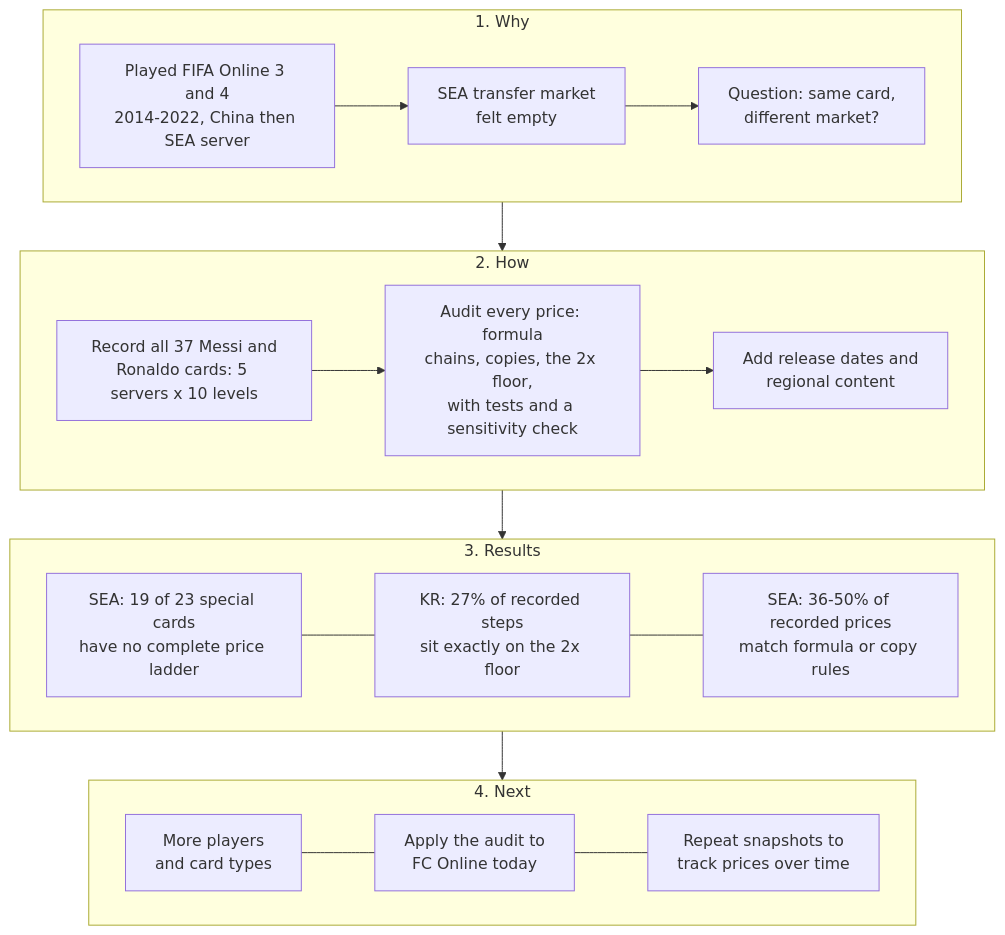
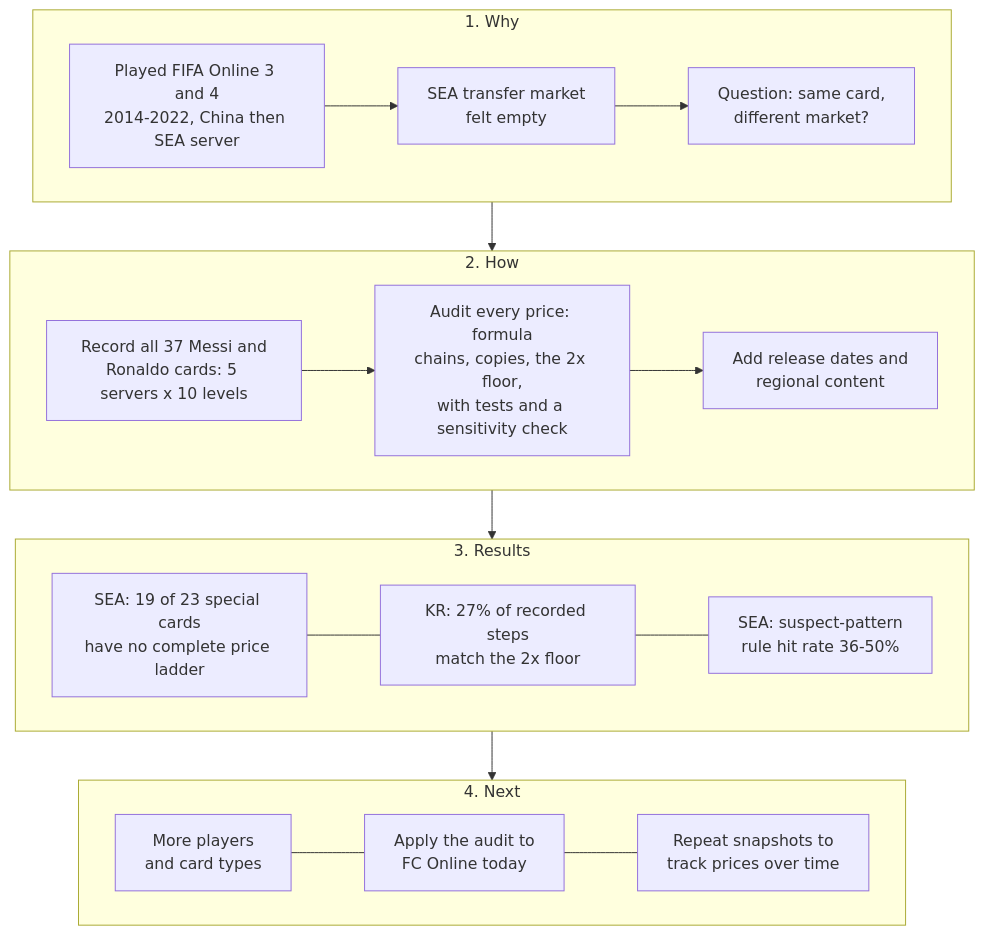
One commit to Shelikeit69/fo3-market-audit changed the diagram in README.md. Above: the diagram before and after it, drawn with Mermaid. The commit also changed other lines of this file and 5 other files, not shown here.

````diff
--- a/README.md
+++ b/README.md
@@ -43,20 +43,20 @@
 ```mermaid
 flowchart TB
   subgraph W["1. Why"]
     direction LR
     W1["Played FIFA Online 3 and 4<br/>2014-2022, China then SEA server"] --> W2["SEA transfer market<br/>felt empty"] --> W3["Question: same card,<br/>different market?"]
   end
   subgraph H["2. How"]
     direction LR
     H1["Record all 37 Messi and<br/>Ronaldo cards: 5 servers x 10 levels"] --> H2["Audit every price: formula<br/>chains, copies, the 2x floor,<br/>with tests and a sensitivity check"] --> H3["Add release dates and<br/>regional content"]
   end
   subgraph R["3. Results"]
     direction LR
-    R1["SEA: 19 of 23 special cards<br/>have no complete price ladder"] --- R2["KR: 27% of recorded steps<br/>sit exactly on the 2x floor"] --- R3["SEA: 36-50% of recorded prices<br/>match formula or copy rules"]
+    R1["SEA: 19 of 23 special cards<br/>have no complete price ladder"] --- R2["KR: 27% of recorded steps<br/>match the 2x floor"] --- R3["SEA: suspect-pattern<br/>rule hit rate 36-50%"]
   end
   subgraph N["4. Next"]
     direction LR
     N1["More players<br/>and card types"] --- N2["Apply the audit to<br/>FC Online today"] --- N3["Repeat snapshots to<br/>track prices over time"]
   end
   W --> H --> R --> N
 ```
````
